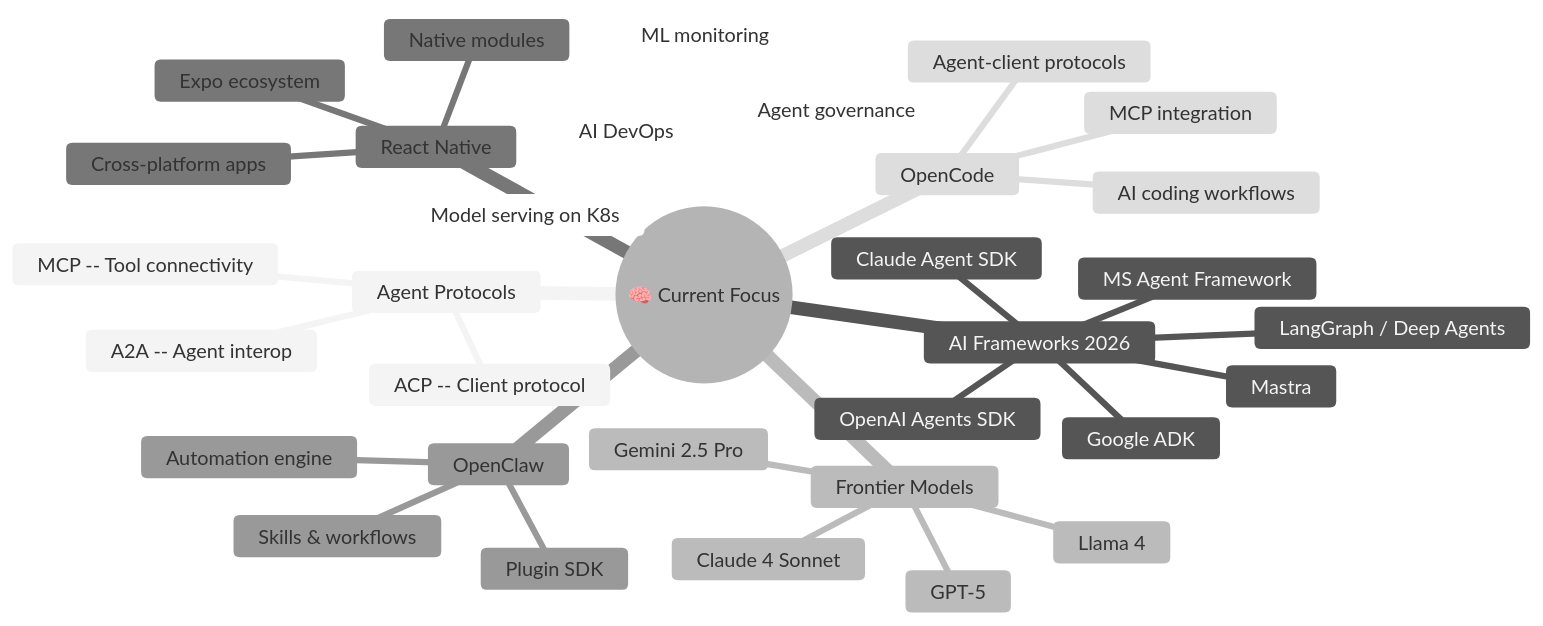
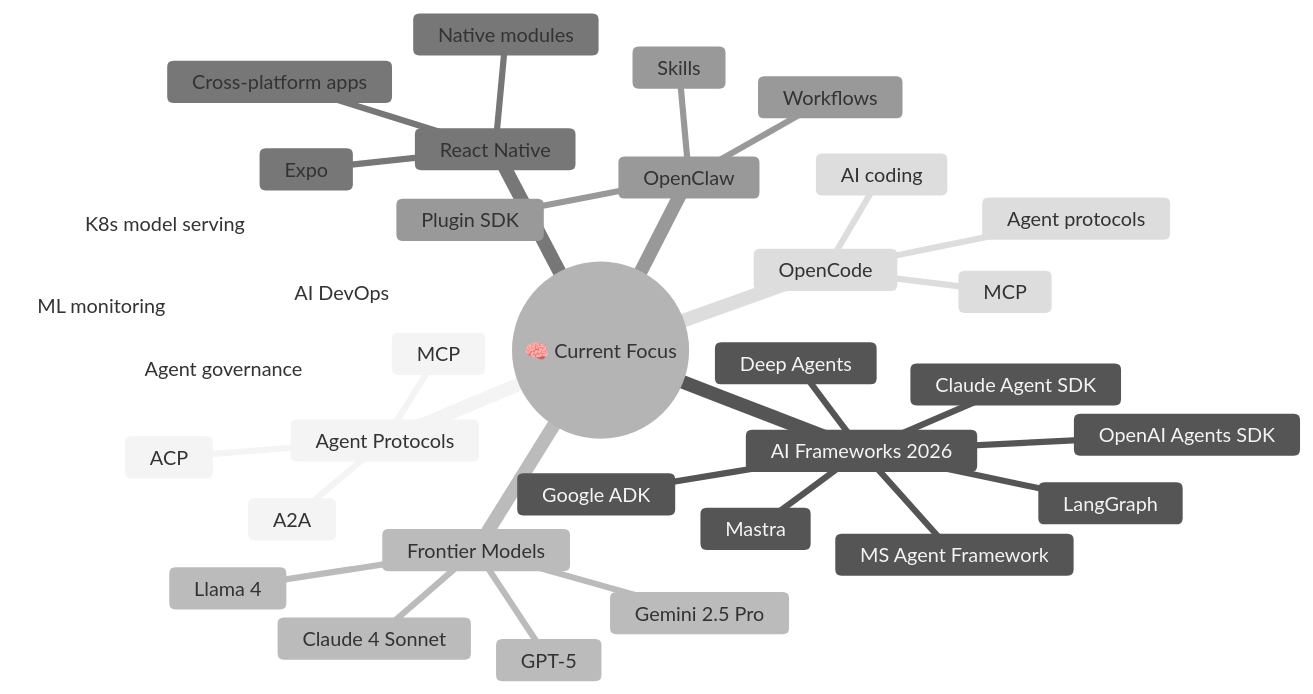
One commit to deb888/deb888 changed the third of 3 diagrams in README.md. Above: the diagram before and after it, drawn with Mermaid (neutral theme). The commit also changed other lines of this file, not shown here.

Commit message:
Fix Mermaid rendering: JSON init directive + mindmap syntax
- Changed single-quoted JSON to double-quoted in %%{init} directive
  (GitHub's Mermaid parser requires valid JSON)
- Removed  from mindmap node text to avoid parser confusion
  (bare node labels only)

````diff
--- a/README.md
+++ b/README.md
@@ -367,36 +367,37 @@
 ```mermaid
 mindmap
   root((🧠 Current Focus))
     Agent Protocols
-      MCP -- Tool connectivity
-      A2A -- Agent interop
-      ACP -- Client protocol
+      MCP
+      A2A
+      ACP
     AI Frameworks 2026
-      LangGraph / Deep Agents
+      LangGraph
+      Deep Agents
       Google ADK
       MS Agent Framework
       Mastra
       OpenAI Agents SDK
       Claude Agent SDK
     Frontier Models
       Gemini 2.5 Pro
       Claude 4 Sonnet
       GPT-5
       Llama 4
     React Native
       Cross-platform apps
-      Expo ecosystem
+      Expo
       Native modules
     OpenClaw
-      Skills & workflows
+      Skills
+      Workflows
       Plugin SDK
-      Automation engine
     OpenCode
-      AI coding workflows
-      Agent-client protocols
-      MCP integration
+      AI coding
+      Agent protocols
+      MCP
     AI DevOps
-      Model serving on K8s
+      K8s model serving
       ML monitoring
       Agent governance
 ```
````
